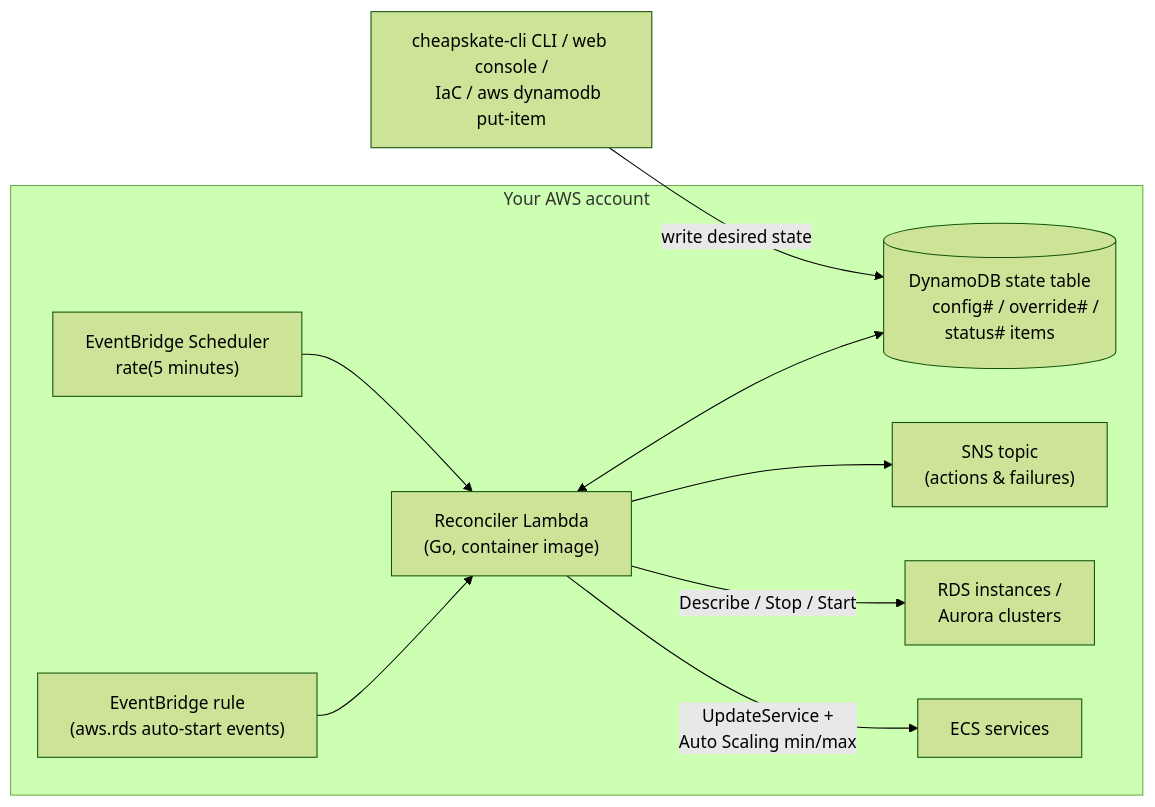
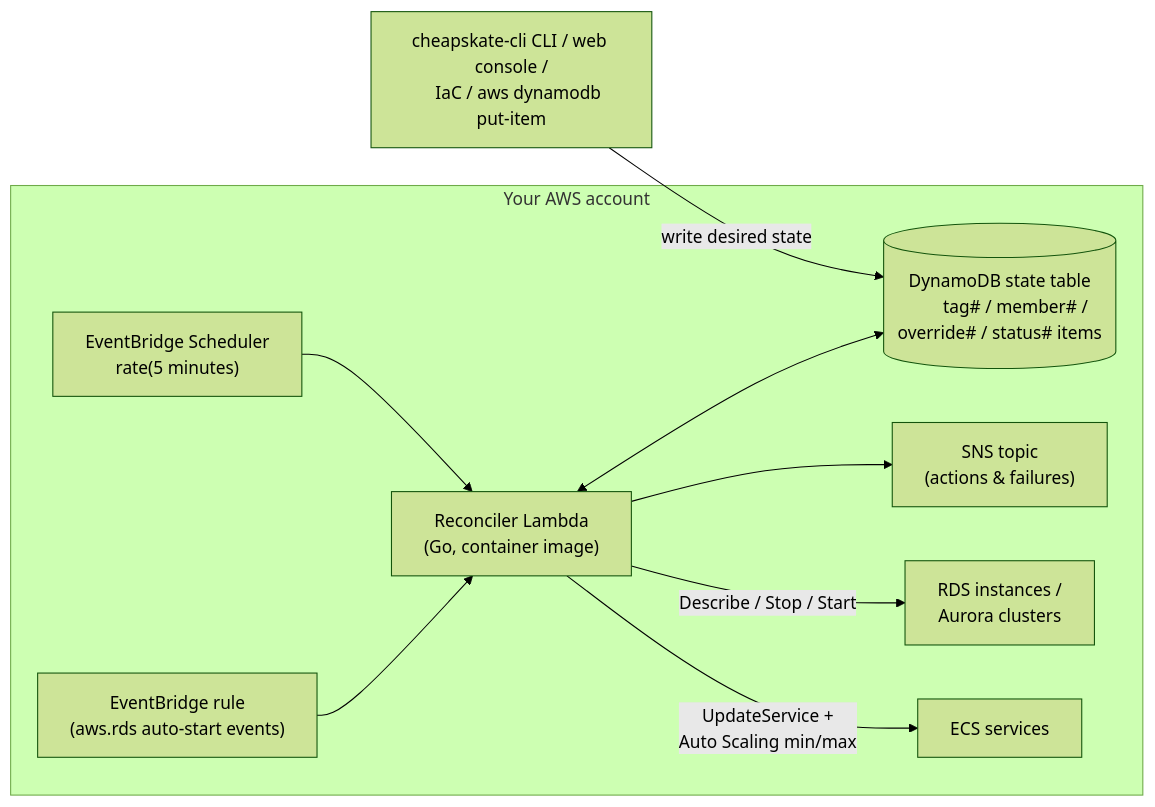
The diagram in docs/en/README.md (moepig/cheapskate), drawn with Mermaid (forest theme) before and after one commit. The commit also changed other lines of this file and 14 other files, not shown here.

````diff
--- a/docs/en/README.md
+++ b/docs/en/README.md
@@ -14,30 +14,30 @@
 ```mermaid
 flowchart LR
     ops["cheapskate-cli CLI / web console /
     IaC / aws dynamodb put-item"]
 
     subgraph account["Your AWS account"]
         sched["EventBridge Scheduler
         rate(5 minutes)"]
         rule["EventBridge rule
         (aws.rds auto-start events)"]
         fn["Reconciler Lambda
         (Go, container image)"]
         ddb[("DynamoDB state table
-        config# / override# / status# items")]
+        tag# / member# / override# / status# items")]
         sns["SNS topic
         (actions & failures)"]
         rds["RDS instances /
         Aurora clusters"]
         ecs["ECS services"]
     end
 
     ops -- "write desired state" --> ddb
     sched --> fn
     rule --> fn
     fn <--> ddb
     fn -- "Describe / Stop / Start" --> rds
     fn -- "UpdateService +
     Auto Scaling min/max" --> ecs
     fn --> sns
 ```
````
